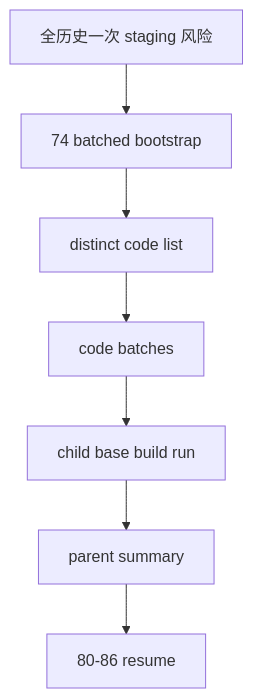
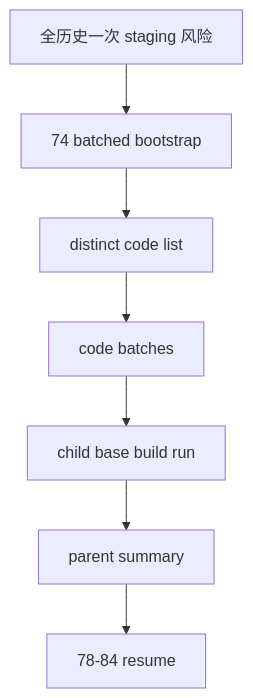
One commit to everything-is-simple/lifespan-0.01 changed the diagram in docs/03-execution/74-market-base-batched-bootstrap-governance-card-20260416.md. Above: the diagram before and after it, drawn with Mermaid. The commit also changed other lines of this file and 86 other files, not shown here.

````diff
--- a/docs/03-execution/74-market-base-batched-bootstrap-governance-card-20260416.md
+++ b/docs/03-execution/74-market-base-batched-bootstrap-governance-card-20260416.md
@@ -70,9 +70,9 @@
 ```mermaid
 flowchart TD
     A["全历史一次 staging 风险"] --> B["74 batched bootstrap"]
     B --> C["distinct code list"]
     C --> D["code batches"]
     D --> E["child base build run"]
     E --> F["parent summary"]
-    F --> G["80-86 resume"]
+    F --> G["78-84 resume"]
 ```
````
